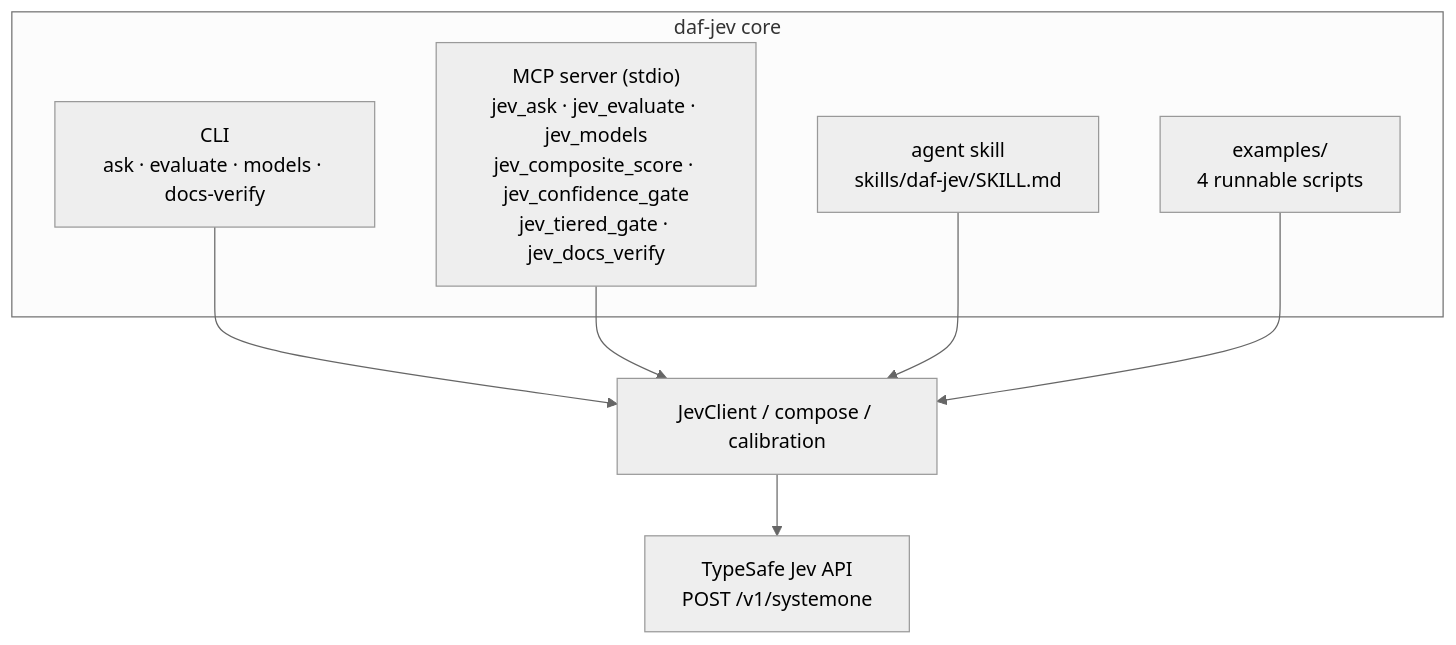
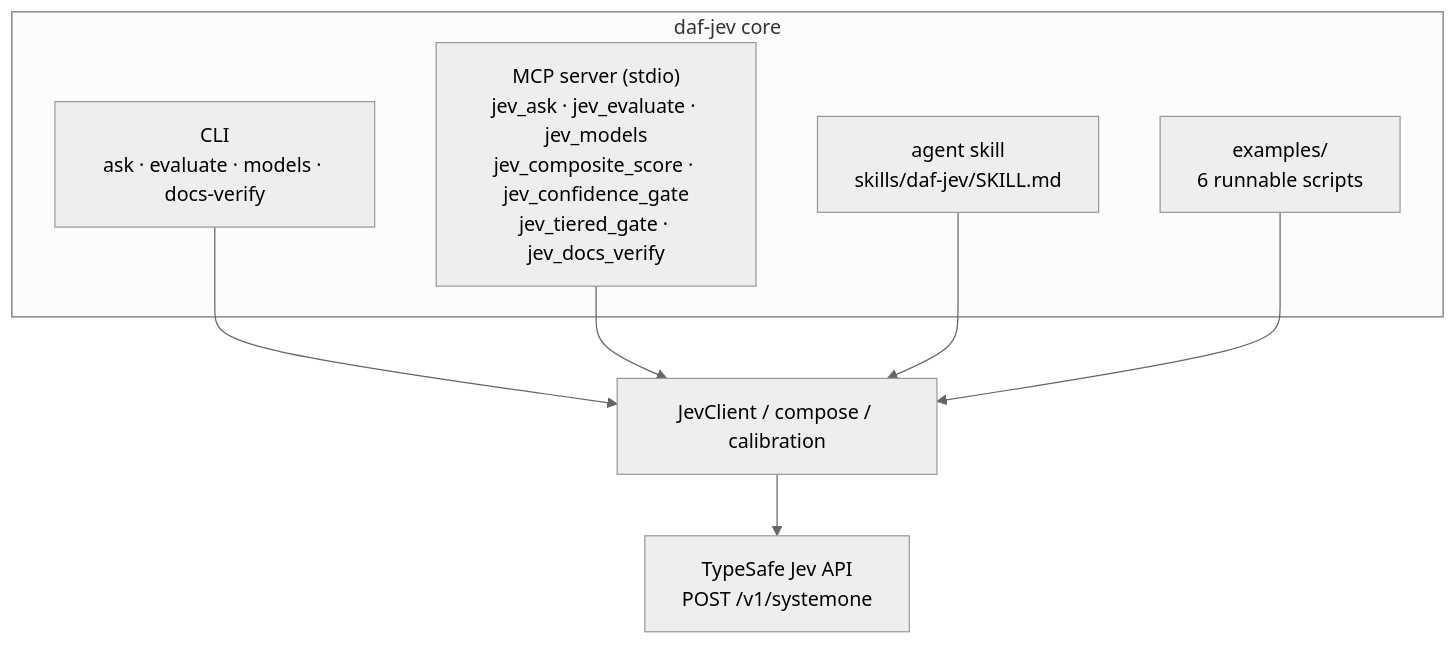
One commit to docxology/daf-jev changed the third of 3 diagrams in README.md. Above: the diagram before and after it, drawn with Mermaid (neutral theme). The commit also changed other lines of this file and 6 other files, not shown here.

````diff
--- a/README.md
+++ b/README.md
@@ -247,14 +305,14 @@
 ```mermaid
 flowchart TB
     subgraph CORE["daf-jev core"]
         CLI["CLI<br/>ask · evaluate · models · docs-verify"]
         MCP["MCP server (stdio)<br/>jev_ask · jev_evaluate · jev_models<br/>jev_composite_score · jev_confidence_gate<br/>jev_tiered_gate · jev_docs_verify"]
         SKILL["agent skill<br/>skills/daf-jev/SKILL.md"]
-        EX["examples/<br/>4 runnable scripts"]
+        EX["examples/<br/>6 runnable scripts"]
     end
     CLI --> K["JevClient / compose / calibration"]
     MCP --> K
     SKILL --> K
     EX --> K
     K --> API["TypeSafe Jev API<br/>POST /v1/systemone"]
 ```
````
